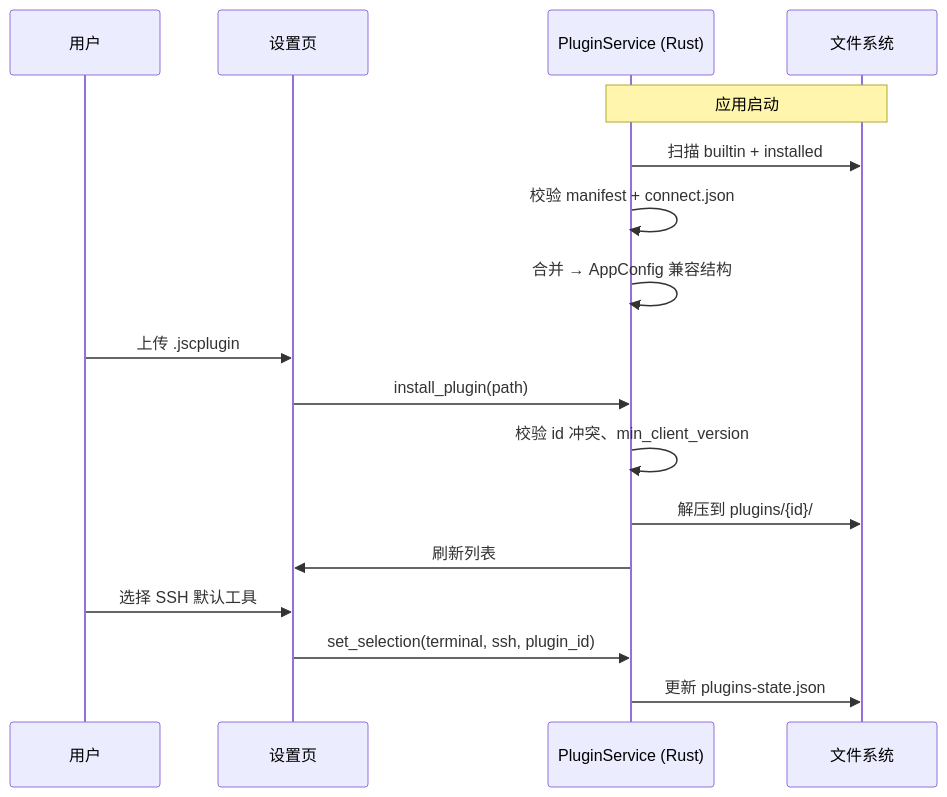
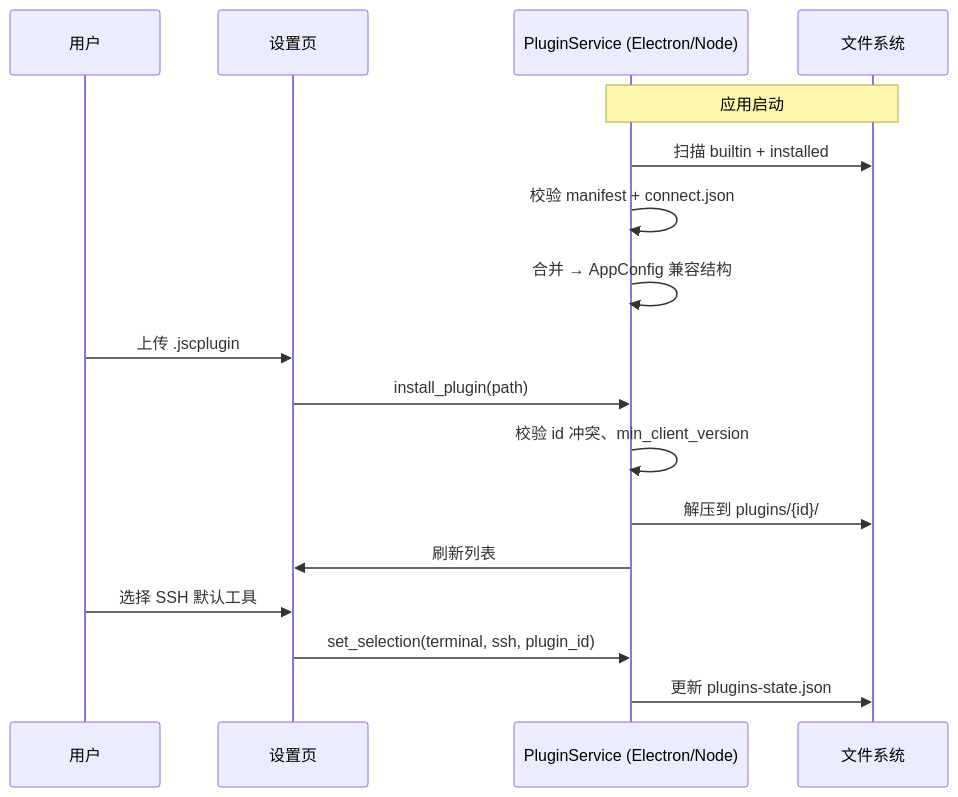
The second of 2 diagrams in docs/plugins/DESIGN.md (jumpserver/luna), drawn with Mermaid before and after one commit. The commit also changed other lines of this file and 68 other files, not shown here.

````diff
--- a/docs/plugins/DESIGN.md
+++ b/docs/plugins/DESIGN.md
@@ -202,22 +202,22 @@
 ```mermaid
 sequenceDiagram
     participant U as 用户
     participant UI as 设置页
-    participant RS as PluginService (Rust)
+    participant RS as PluginService (Electron/Node)
     participant FS as 文件系统
 
     Note over RS,FS: 应用启动
     RS->>FS: 扫描 builtin + installed
     RS->>RS: 校验 manifest + connect.json
     RS->>RS: 合并 → AppConfig 兼容结构
 
     U->>UI: 上传 .jscplugin
     UI->>RS: install_plugin(path)
     RS->>RS: 校验 id 冲突、min_client_version
     RS->>FS: 解压到 plugins/{id}/
     RS->>UI: 刷新列表
 
     U->>UI: 选择 SSH 默认工具
     UI->>RS: set_selection(terminal, ssh, plugin_id)
     RS->>FS: 更新 plugins-state.json
 ```
````
